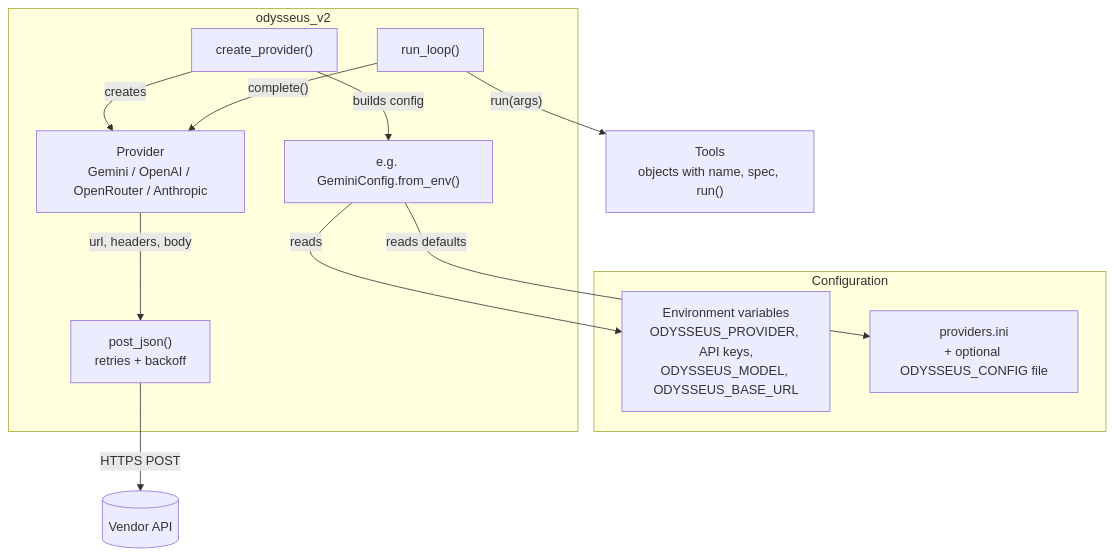
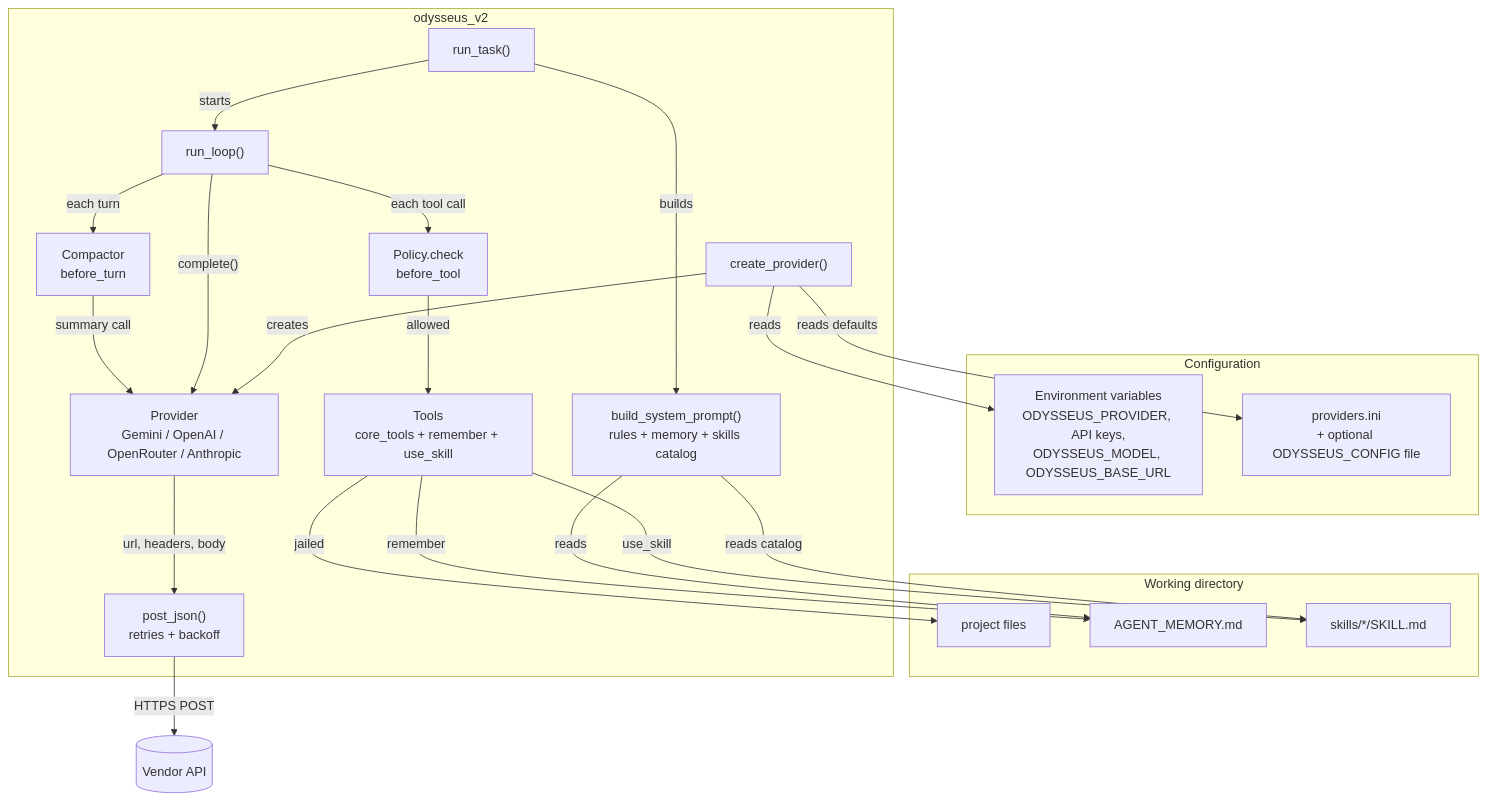
One commit to kirankumar0710/ai-harness changed the first of 3 diagrams in odysseus/README.md. Above: the diagram before and after it, drawn with Mermaid. The commit also changed other lines of this file and 38 other files, not shown here.

````diff
--- a/odysseus/README.md
+++ b/odysseus/README.md
@@ -212,27 +226,45 @@
 ```mermaid
 flowchart TB
     subgraph config["Configuration"]
         env["Environment variables<br/>ODYSSEUS_PROVIDER, API keys,<br/>ODYSSEUS_MODEL, ODYSSEUS_BASE_URL"]
         ini["providers.ini<br/>+ optional ODYSSEUS_CONFIG file"]
     end
 
+    subgraph project["Working directory"]
+        files["project files"]
+        mem["AGENT_MEMORY.md"]
+        skills["skills/*/SKILL.md"]
+    end
+
     subgraph odysseus["odysseus_v2"]
+        task["run_task()"]
+        prompt["build_system_prompt()<br/>rules + memory + skills catalog"]
+        loop["run_loop()"]
+        compactor["Compactor<br/>before_turn"]
+        gate["Policy.check<br/>before_tool"]
+        tools["Tools<br/>core_tools + remember + use_skill"]
         factory["create_provider()"]
-        fromenv["e.g. GeminiConfig.from_env()"]
-        loop["run_loop()"]
         provider["Provider<br/>Gemini / OpenAI / OpenRouter / Anthropic"]
         transport["post_json()<br/>retries + backoff"]
     end
 
-    tools["Tools<br/>objects with name, spec, run()"]
     api[("Vendor API")]
 
-    factory -- "builds config" --> fromenv
-    fromenv -- "reads" --> env
-    fromenv -- "reads defaults" --> ini
+    factory -- "reads" --> env
+    factory -- "reads defaults" --> ini
     factory -- "creates" --> provider
+    task -- "builds" --> prompt
+    prompt -- "reads" --> mem
+    prompt -- "reads catalog" --> skills
+    task -- "starts" --> loop
+    loop -- "each turn" --> compactor
     loop -- "complete()" --> provider
+    compactor -- "summary call" --> provider
     provider -- "url, headers, body" --> transport
     transport -- "HTTPS POST" --> api
-    loop -- "run(args)" --> tools
+    loop -- "each tool call" --> gate
+    gate -- "allowed" --> tools
+    tools -- "jailed" --> files
+    tools -- "remember" --> mem
+    tools -- "use_skill" --> skills
 ```
````
